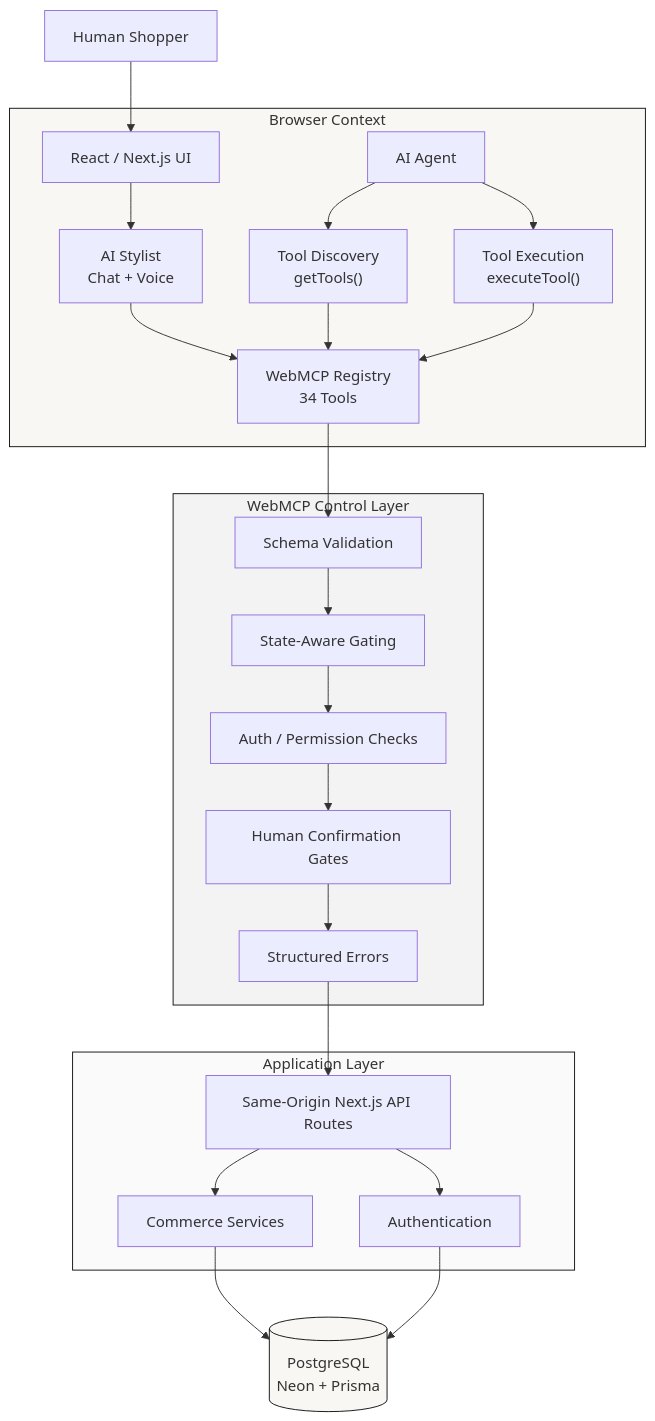
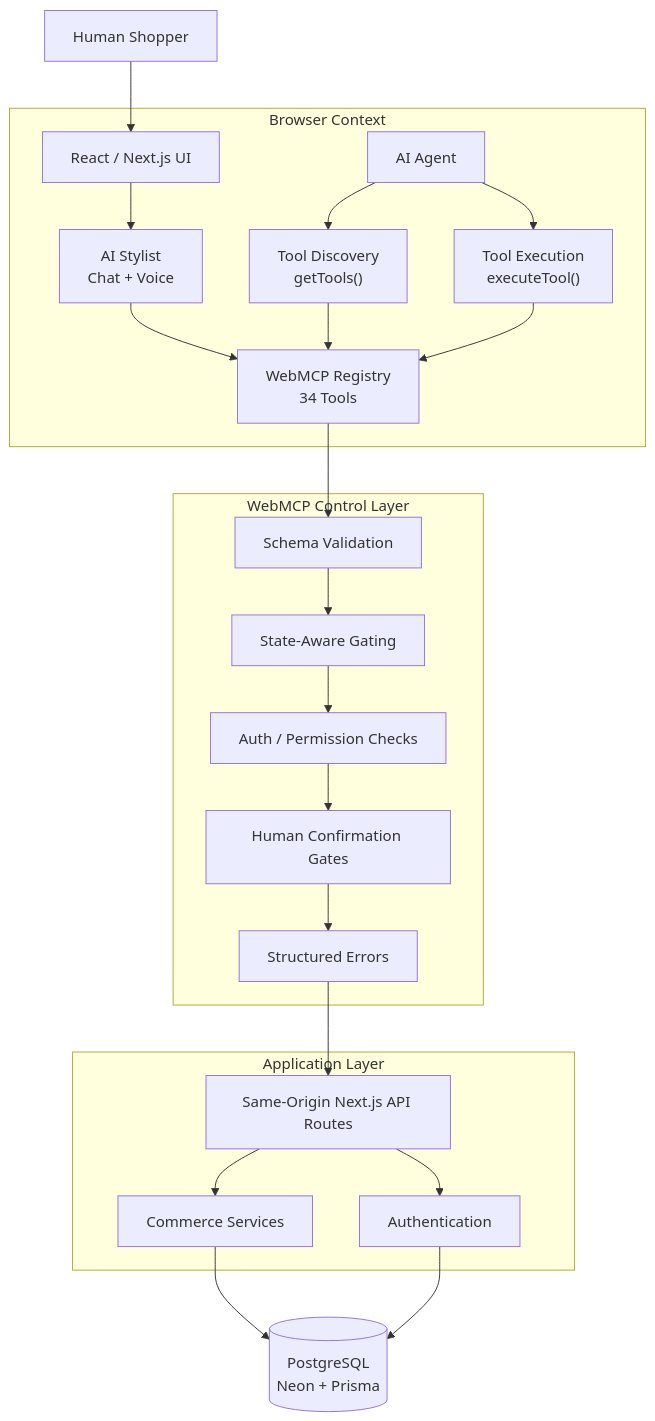
Before and after one commit to vishalsingh2972/Agent-Atelier: the first of 5 diagrams in README.md, drawn with Mermaid. The commit also changed other lines of this file, not shown here.

````diff
--- a/README.md
+++ b/README.md
@@ -19,57 +90,53 @@
 ```mermaid
 flowchart TB
     USER["Human Shopper"]
     AGENT["AI Agent"]
 
     subgraph BROWSER["Browser Context"]
         UI["React / Next.js UI"]
         VOICE["AI Stylist<br/>Chat + Voice"]
         MCP["WebMCP Registry<br/>34 Tools"]
 
         DISCOVER["Tool Discovery<br/>getTools()"]
         EXECUTE["Tool Execution<br/>executeTool()"]
 
         UI --> VOICE
         VOICE --> MCP
+
         AGENT --> DISCOVER
         DISCOVER --> MCP
         AGENT --> EXECUTE
         EXECUTE --> MCP
     end
 
-    subgraph VALIDATION["WebMCP Control Layer"]
+    subgraph CONTROL["WebMCP Control Layer"]
         SCHEMA["Schema Validation"]
         STATE["State-Aware Gating"]
         AUTH["Auth / Permission Checks"]
+        CONFIRM["Human Confirmation Gates"]
         ERRORS["Structured Errors"]
-        CONFIRM["Human Confirmation Gates"]
     end
 
     subgraph APPLICATION["Application Layer"]
         API["Same-Origin Next.js API Routes"]
         SERVICES["Commerce Services"]
         AUTH_SERVICE["Authentication"]
     end
 
     DB[("PostgreSQL<br/>Neon + Prisma")]
 
     USER --> UI
 
     MCP --> SCHEMA
     SCHEMA --> STATE
     STATE --> AUTH
     AUTH --> CONFIRM
     CONFIRM --> ERRORS
     ERRORS --> API
 
     API --> SERVICES
     API --> AUTH_SERVICE
 
     SERVICES --> DB
     AUTH_SERVICE --> DB
-
-    style BROWSER fill:#f8f7f4,stroke:#111,stroke-width:1px
-    style VALIDATION fill:#f3f3f3,stroke:#111,stroke-width:1px
-    style APPLICATION fill:#fafafa,stroke:#111,stroke-width:1px
-    style DB fill:#f8f7f4,stroke:#111,stroke-width:1px
 ```
````
